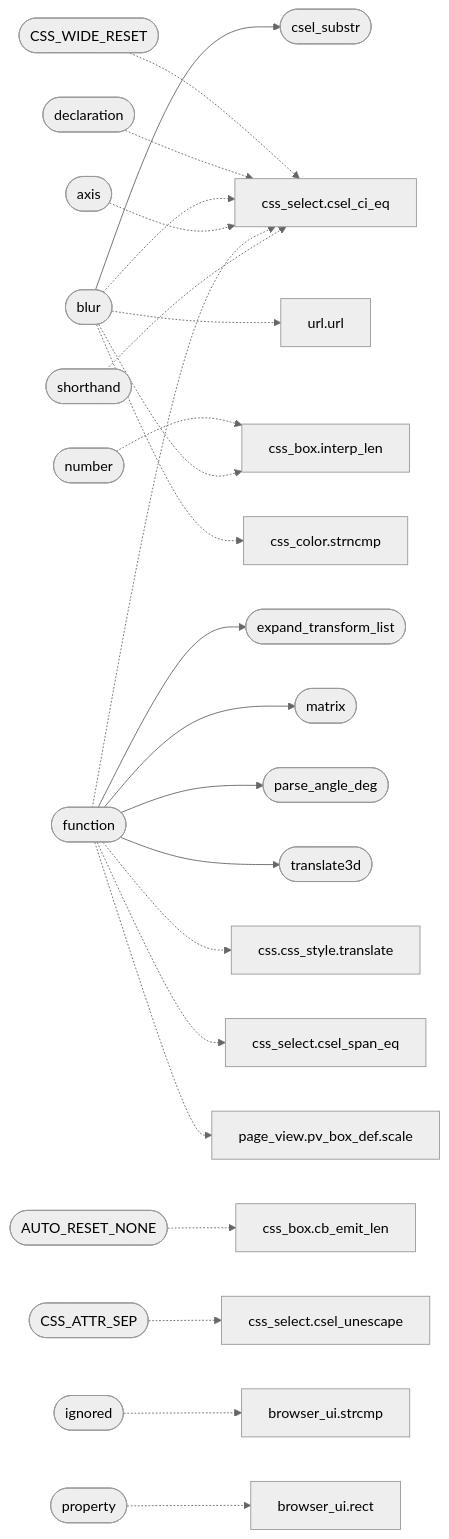
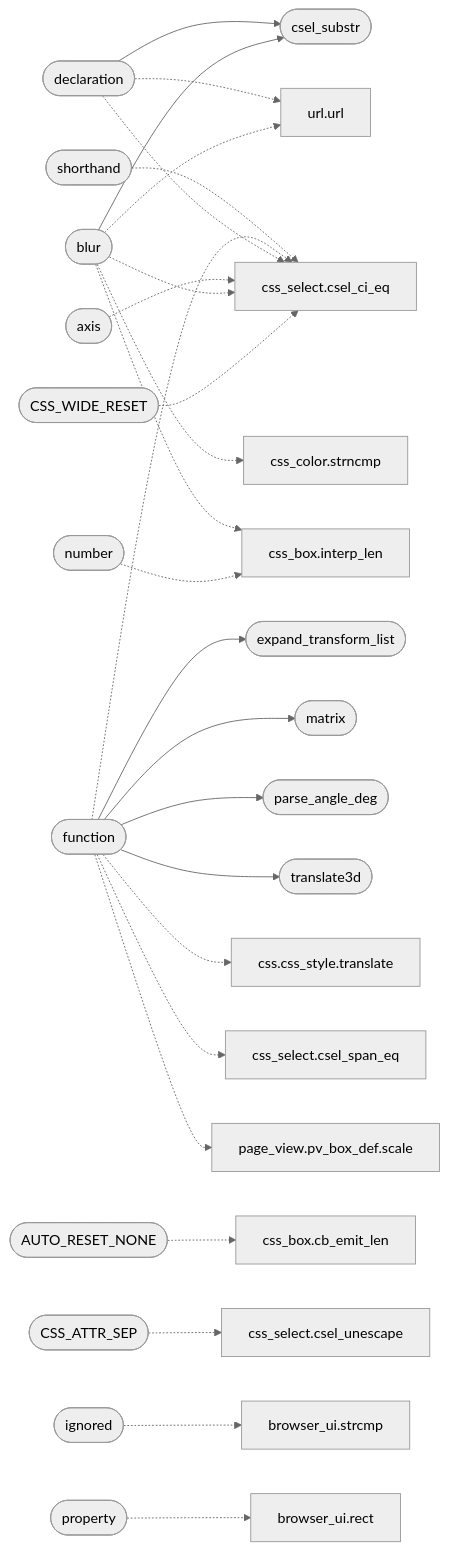
Before and after one commit to grisuno/FreeDom: the second of 2 diagrams in readmenator-apidocs/modules/src.css.c.md, drawn with Mermaid (neutral theme). The commit also changed other lines of this file and 259 other files, not shown here.

````diff
--- a/readmenator-apidocs/modules/src.css.c.md
+++ b/readmenator-apidocs/modules/src.css.c.md
@@ -39,52 +39,54 @@
 ```mermaid
 flowchart LR
     n_src_css_c__blur(["blur"])
     n_src_css_c__csel_substr(["csel_substr"])
+    n_src_css_c__declaration(["declaration"])
     n_src_css_c__function(["function"])
     n_src_css_c__expand_transform_list(["expand_transform_list"])
     n_src_css_c__matrix(["matrix"])
     n_src_css_c__parse_angle_deg(["parse_angle_deg"])
     n_src_css_c__translate3d(["translate3d"])
     n_src_css_c__CSS_WIDE_RESET(["CSS_WIDE_RESET"])
     n_include_css_select_h__csel_ci_eq["css_select.csel_ci_eq"]
     n_src_css_c__AUTO_RESET_NONE(["AUTO_RESET_NONE"])
     n_include_css_box_h__cb_emit_len["css_box.cb_emit_len"]
     n_src_css_c__number(["number"])
     n_src_css_box_c__interp_len["css_box.interp_len"]
-    n_src_css_c__declaration(["declaration"])
     n_include_url_h__url["url.url"]
     n_src_css_color_c__strncmp["css_color.strncmp"]
     n_src_css_c__axis(["axis"])
     n_src_css_c__CSS_ATTR_SEP(["CSS_ATTR_SEP"])
     n_include_css_select_h__csel_unescape["css_select.csel_unescape"]
     n_include_css_h__css_style_translate["css.css_style.translate"]
     n_include_css_select_h__csel_span_eq["css_select.csel_span_eq"]
     n_include_page_view_h__pv_box_def_scale["page_view.pv_box_def.scale"]
     n_src_css_c__ignored(["ignored"])
     n_gui_browser_ui_c__strcmp["browser_ui.strcmp"]
     n_src_css_c__property(["property"])
     n_gui_browser_ui_c__rect["browser_ui.rect"]
     n_src_css_c__shorthand(["shorthand"])
     n_src_css_c__blur --> n_src_css_c__csel_substr
+    n_src_css_c__declaration --> n_src_css_c__csel_substr
     n_src_css_c__function --> n_src_css_c__expand_transform_list
     n_src_css_c__function --> n_src_css_c__matrix
     n_src_css_c__function --> n_src_css_c__parse_angle_deg
     n_src_css_c__function --> n_src_css_c__translate3d
     n_src_css_c__CSS_WIDE_RESET -.-> n_include_css_select_h__csel_ci_eq
     n_src_css_c__AUTO_RESET_NONE -.-> n_include_css_box_h__cb_emit_len
     n_src_css_c__number -.-> n_src_css_box_c__interp_len
-    n_src_css_c__declaration -.-> n_include_css_select_h__csel_ci_eq
     n_src_css_c__blur -.-> n_include_css_select_h__csel_ci_eq
     n_src_css_c__blur -.-> n_include_url_h__url
     n_src_css_c__blur -.-> n_src_css_box_c__interp_len
     n_src_css_c__blur -.-> n_src_css_color_c__strncmp
     n_src_css_c__axis -.-> n_include_css_select_h__csel_ci_eq
     n_src_css_c__CSS_ATTR_SEP -.-> n_include_css_select_h__csel_unescape
+    n_src_css_c__declaration -.-> n_include_css_select_h__csel_ci_eq
+    n_src_css_c__declaration -.-> n_include_url_h__url
     n_src_css_c__function -.-> n_include_css_h__css_style_translate
     n_src_css_c__function -.-> n_include_css_select_h__csel_ci_eq
     n_src_css_c__function -.-> n_include_css_select_h__csel_span_eq
     n_src_css_c__function -.-> n_include_page_view_h__pv_box_def_scale
     n_src_css_c__ignored -.-> n_gui_browser_ui_c__strcmp
     n_src_css_c__property -.-> n_gui_browser_ui_c__rect
     n_src_css_c__shorthand -.-> n_include_css_select_h__csel_ci_eq
 ```
````
